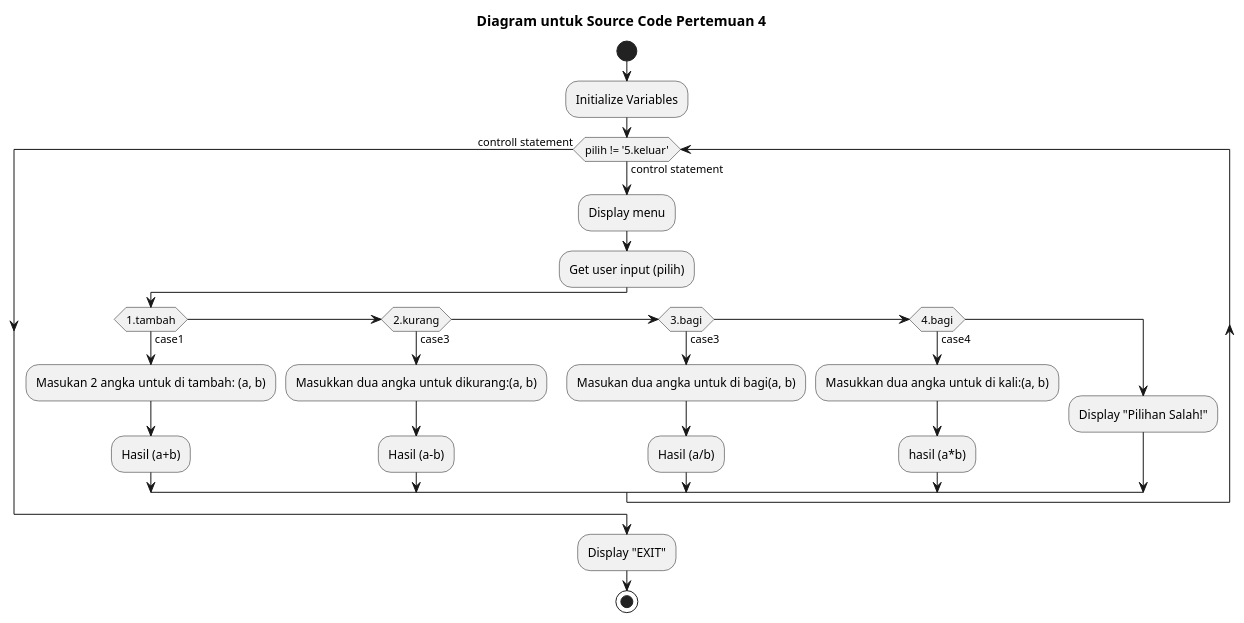
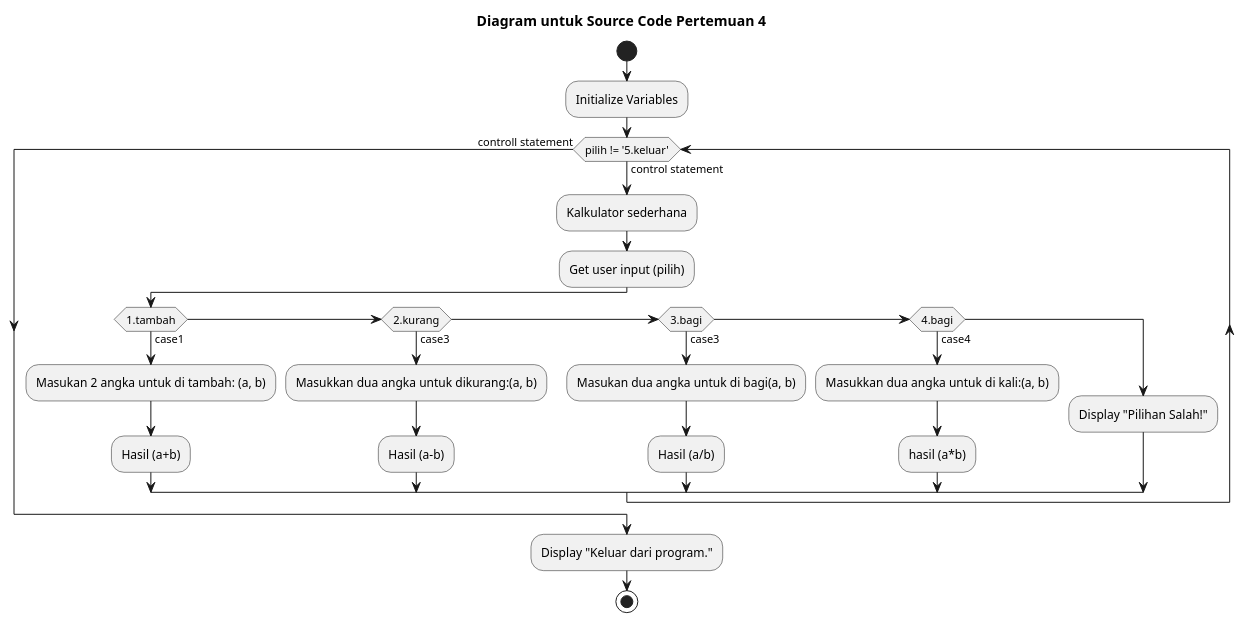
One commit to dinosaurusjawa/Bahasa-Pemograman changed the diagram in soal-uts/studikasus.puml. Above: the diagram before and after it, drawn with PlantUML. The commit also changed 1 other file, not shown here.

```diff
--- a/soal-uts/studikasus.puml
+++ b/soal-uts/studikasus.puml
@@ -1,27 +1,27 @@
 @startuml essay4.cpp
 
 title Diagram untuk Source Code Pertemuan 4
 start
 :Initialize Variables;
 while (pilih != '5.keluar') is (control statement)
-    :Display menu;
+    :Kalkulator sederhana;
     :Get user input (pilih);
 if  (1.tambah) then (case1)
     :Masukan 2 angka untuk di tambah: (a, b);
     :Hasil (a+b);
 else if (2.kurang) then (case3)
     :Masukkan dua angka untuk dikurang:(a, b);
     :Hasil (a-b);
 else if (3.bagi) then (case3)
     :Masukan dua angka untuk di bagi(a, b);
     :Hasil (a/b);
 else if (4.bagi) then (case4)
     :Masukkan dua angka untuk di kali:(a, b);
     :hasil (a*b);
 else
     :Display "Pilihan Salah!";
     endif
 endwhile (controll statement)
-:Display "EXIT";
+:Display "Keluar dari program.";
 stop
 @enduml
```
